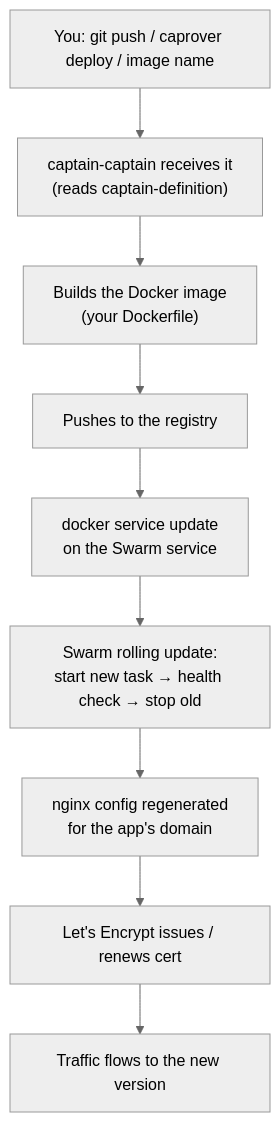
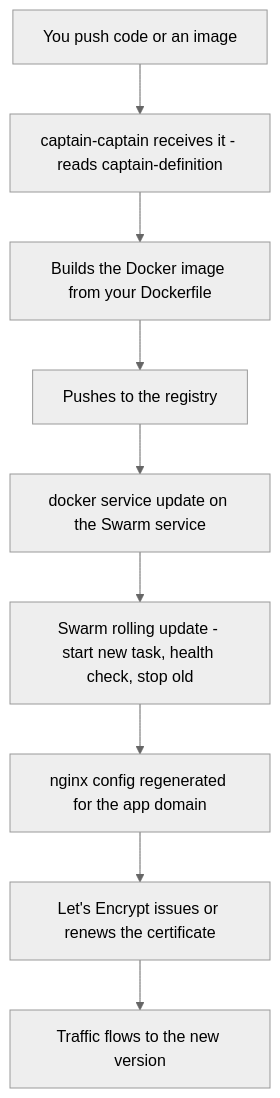
The second of 2 diagrams in notes/advanced-interview/docker-caprover-internals.md (starjustice/research-material), drawn with Mermaid (neutral theme) before and after one commit. The commit also changed other lines of this file and 7 other files, not shown here.

First line of the commit message:
Fix links and docs after moving advanced notes; rewrite Mermaid diagrams

````diff
--- a/notes/advanced-interview/docker-caprover-internals.md
+++ b/notes/advanced-interview/docker-caprover-internals.md
@@ -287,11 +287,11 @@
 ```mermaid
-flowchart TD
-    A["You: git push / caprover deploy / image name"] --> B["captain-captain receives it<br/>(reads captain-definition)"]
-    B --> C["Builds the Docker image<br/>(your Dockerfile)"]
+graph TD
+    A["You push code or an image"] --> B["captain-captain receives it - reads captain-definition"]
+    B --> C["Builds the Docker image from your Dockerfile"]
     C --> D["Pushes to the registry"]
-    D --> E["docker service update<br/>on the Swarm service"]
-    E --> F["Swarm rolling update:<br/>start new task → health check → stop old"]
-    F --> G["nginx config regenerated<br/>for the app's domain"]
-    G --> H["Let's Encrypt issues / renews cert"]
+    D --> E["docker service update on the Swarm service"]
+    E --> F["Swarm rolling update - start new task, health check, stop old"]
+    F --> G["nginx config regenerated for the app domain"]
+    G --> H["Let's Encrypt issues or renews the certificate"]
     H --> I["Traffic flows to the new version"]
 ```
````
